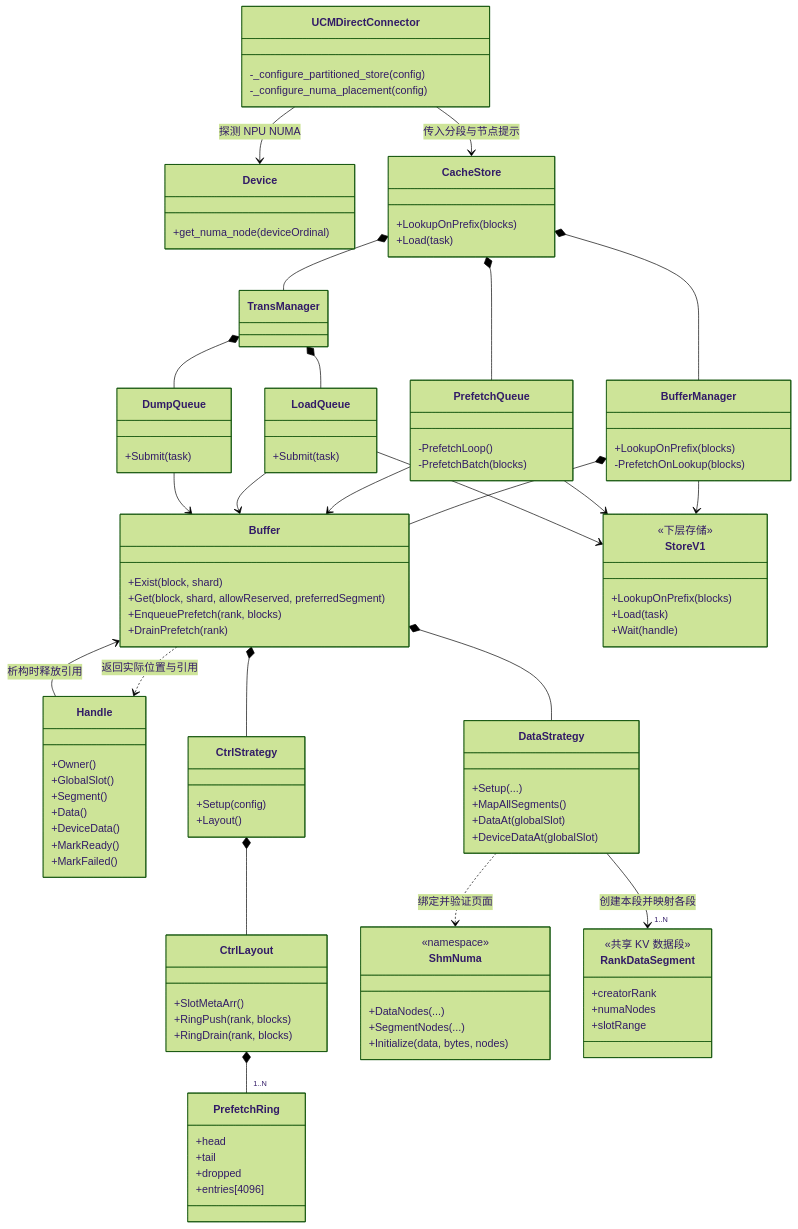
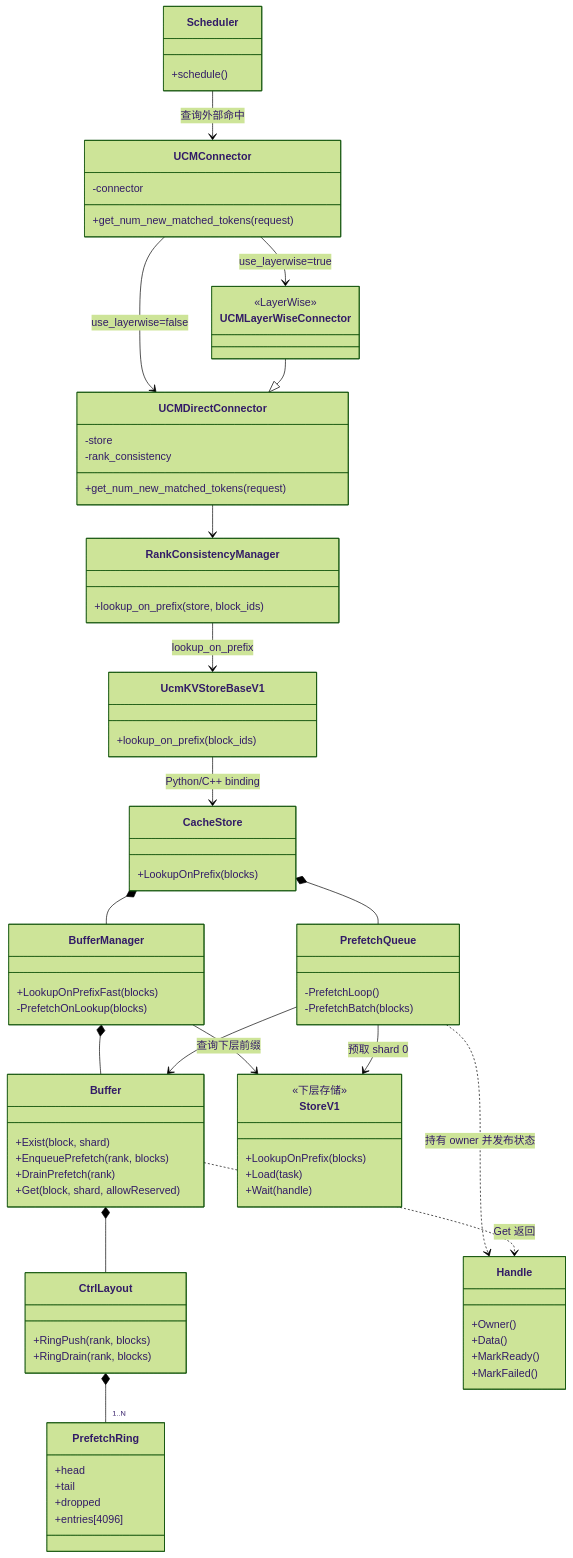
One commit to NaganooMei/unified-cache-management changed the second of 2 diagrams in docs/source/developer-guide/cache_rank_partitioned_memory_bandwidth.md. Above: the diagram before and after it, drawn with Mermaid (forest theme). The commit also changed other lines of this file, not shown here.

Commit message:
docs: clarify lookup prefetch connector paths

````diff
--- a/docs/source/developer-guide/cache_rank_partitioned_memory_bandwidth.md
+++ b/docs/source/developer-guide/cache_rank_partitioned_memory_bandwidth.md
@@ -188,52 +186,44 @@
 ```mermaid
 classDiagram
+    class Scheduler {
+        +schedule()
+    }
+    class UCMConnector {
+        -connector
+        +get_num_new_matched_tokens(request)
+    }
     class UCMDirectConnector {
-        -_configure_partitioned_store(config)
-        -_configure_numa_placement(config)
+        -store
+        -rank_consistency
+        +get_num_new_matched_tokens(request)
     }
-    class Device {
-        +get_numa_node(deviceOrdinal)
+    class UCMLayerWiseConnector {
+        <<LayerWise>>
+    }
+    class RankConsistencyManager {
+        +lookup_on_prefix(store, block_ids)
+    }
+    class UcmKVStoreBaseV1 {
+        +lookup_on_prefix(block_ids)
     }
     class CacheStore {
         +LookupOnPrefix(blocks)
-        +Load(task)
     }
     class BufferManager {
-        +LookupOnPrefix(blocks)
+        +LookupOnPrefixFast(blocks)
         -PrefetchOnLookup(blocks)
+    }
+    class Buffer {
+        +Exist(block, shard)
+        +EnqueuePrefetch(rank, blocks)
+        +DrainPrefetch(rank)
+        +Get(block, shard, allowReserved)
     }
     class PrefetchQueue {
         -PrefetchLoop()
         -PrefetchBatch(blocks)
     }
-    class TransManager
-    class LoadQueue {
-        +Submit(task)
-    }
-    class DumpQueue {
-        +Submit(task)
-    }
-    class Buffer {
-        +Exist(block, shard)
-        +Get(block, shard, allowReserved, preferredSegment)
-        +EnqueuePrefetch(rank, blocks)
-        +DrainPrefetch(rank)
-    }
-    class Handle {
-        +Owner()
-        +GlobalSlot()
-        +Segment()
-        +Data()
-        +DeviceData()
-        +MarkReady()
-        +MarkFailed()
-    }
-    class CtrlStrategy {
-        +Setup(config)
-        +Layout()
-    }
     class CtrlLayout {
-        +SlotMetaArr()
         +RingPush(rank, blocks)
         +RingDrain(rank, blocks)
     }
@@ -243,23 +233,11 @@
         +dropped
         +entries[4096]
     }
-    class DataStrategy {
-        +Setup(...)
-        +MapAllSegments()
-        +DataAt(globalSlot)
-        +DeviceDataAt(globalSlot)
-    }
-    class ShmNuma {
-        <<namespace>>
-        +DataNodes(...)
-        +SegmentNodes(...)
-        +Initialize(data, bytes, nodes)
-    }
-    class RankDataSegment {
-        <<共享 KV 数据段>>
-        +creatorRank
-        +numaNodes
-        +slotRange
+    class Handle {
+        +Owner()
+        +Data()
+        +MarkReady()
+        +MarkFailed()
     }
     class StoreV1 {
         <<下层存储>>
@@ -268,26 +246,21 @@
         +Wait(handle)
     }
 
-    UCMDirectConnector --> Device : 探测 NPU NUMA
-    UCMDirectConnector --> CacheStore : 传入分段与节点提示
+    Scheduler --> UCMConnector : 查询外部命中
+    UCMConnector --> UCMDirectConnector : use_layerwise=false
+    UCMConnector --> UCMLayerWiseConnector : use_layerwise=true
+    UCMLayerWiseConnector --|> UCMDirectConnector
+    UCMDirectConnector --> RankConsistencyManager
+    RankConsistencyManager --> UcmKVStoreBaseV1 : lookup_on_prefix
+    UcmKVStoreBaseV1 --> CacheStore : Python/C++ binding
     CacheStore *-- BufferManager
     CacheStore *-- PrefetchQueue
-    CacheStore *-- TransManager
-    TransManager *-- LoadQueue
-    TransManager *-- DumpQueue
     BufferManager *-- Buffer
-    BufferManager --> StoreV1
+    BufferManager --> StoreV1 : 查询下层前缀
     PrefetchQueue --> Buffer
-    PrefetchQueue --> StoreV1
-    LoadQueue --> Buffer
-    LoadQueue --> StoreV1
-    DumpQueue --> Buffer
-    Buffer *-- CtrlStrategy
-    CtrlStrategy *-- CtrlLayout
+    PrefetchQueue --> StoreV1 : 预取 shard 0
+    PrefetchQueue ..> Handle : 持有 owner 并发布状态
+    Buffer ..> Handle : Get 返回
+    Buffer *-- CtrlLayout
     CtrlLayout *-- "1..N" PrefetchRing
-    Buffer *-- DataStrategy
-    DataStrategy ..> ShmNuma : 绑定并验证页面
-    DataStrategy --> "1..N" RankDataSegment : 创建本段并映射各段
-    Buffer ..> Handle : 返回实际位置与引用
-    Handle --> Buffer : 析构时释放引用
 ```
````
